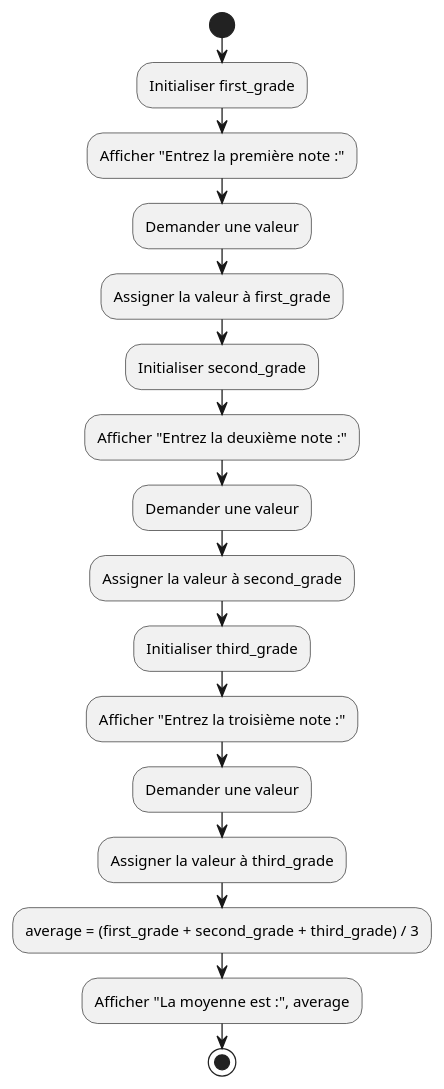
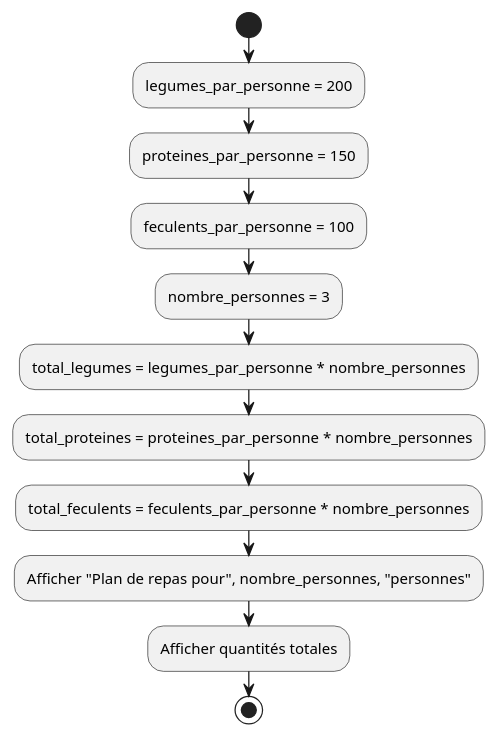
One commit to HEIG-VD-Prog-Course/HEIG-VD-ProgIM-Course changed the first of 10 diagrams in 02.01-sequence-selection-iteration/02-exercices/README.md. Above: the diagram before and after it, drawn with PlantUML. The commit also changed other lines of this file and 1 other file, not shown here.

Commit message:
Refactor exercises in sequence, selection, and iteration section: (#15)

````diff
--- a/02.01-sequence-selection-iteration/02-exercices/README.md
+++ b/02.01-sequence-selection-iteration/02-exercices/README.md
@@ -140,20 +141,15 @@
 ```plantuml
 @startuml
 start
-:Initialiser first_grade;
-:Afficher "Entrez la première note :";
-:Demander une valeur;
-:Assigner la valeur à first_grade;
-:Initialiser second_grade;
-:Afficher "Entrez la deuxième note :";
-:Demander une valeur;
-:Assigner la valeur à second_grade;
-:Initialiser third_grade;
-:Afficher "Entrez la troisième note :";
-:Demander une valeur;
-:Assigner la valeur à third_grade;
-:average = (first_grade + second_grade + third_grade) / 3;
-:Afficher "La moyenne est :", average;
+:legumes_par_personne = 200;
+:proteines_par_personne = 150;
+:feculents_par_personne = 100;
+:nombre_personnes = 3;
+:total_legumes = legumes_par_personne * nombre_personnes;
+:total_proteines = proteines_par_personne * nombre_personnes;
+:total_feculents = feculents_par_personne * nombre_personnes;
+:Afficher "Plan de repas pour", nombre_personnes, "personnes";
+:Afficher quantités totales;
 stop
 @enduml
 ```
````
